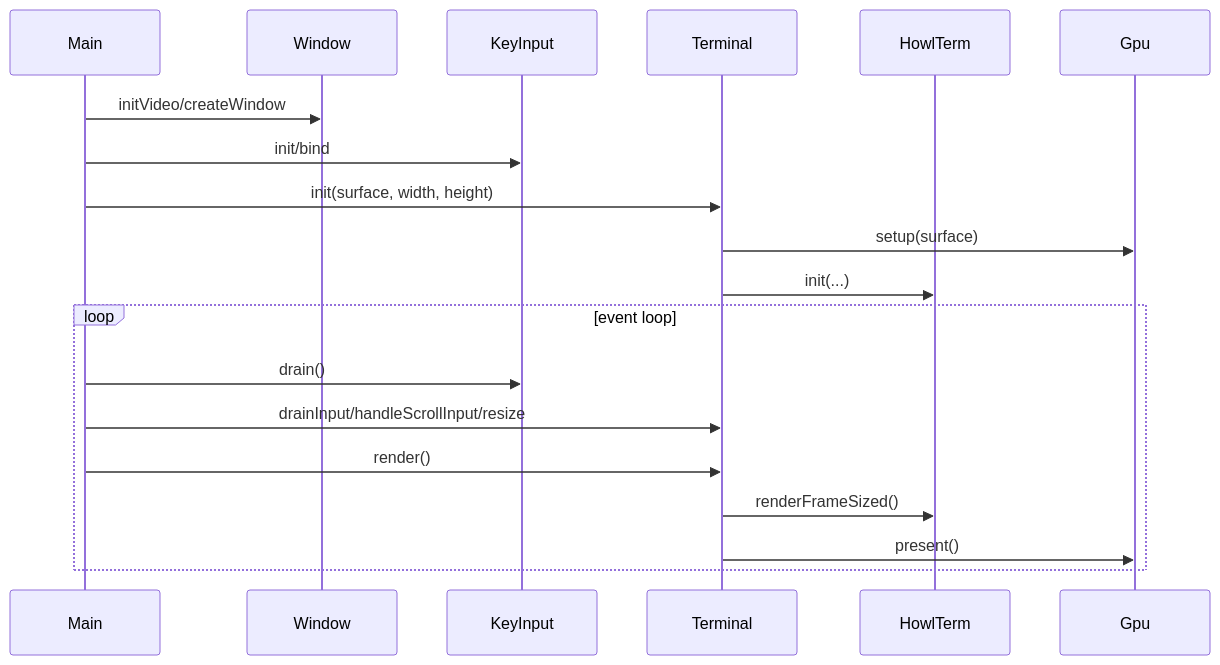
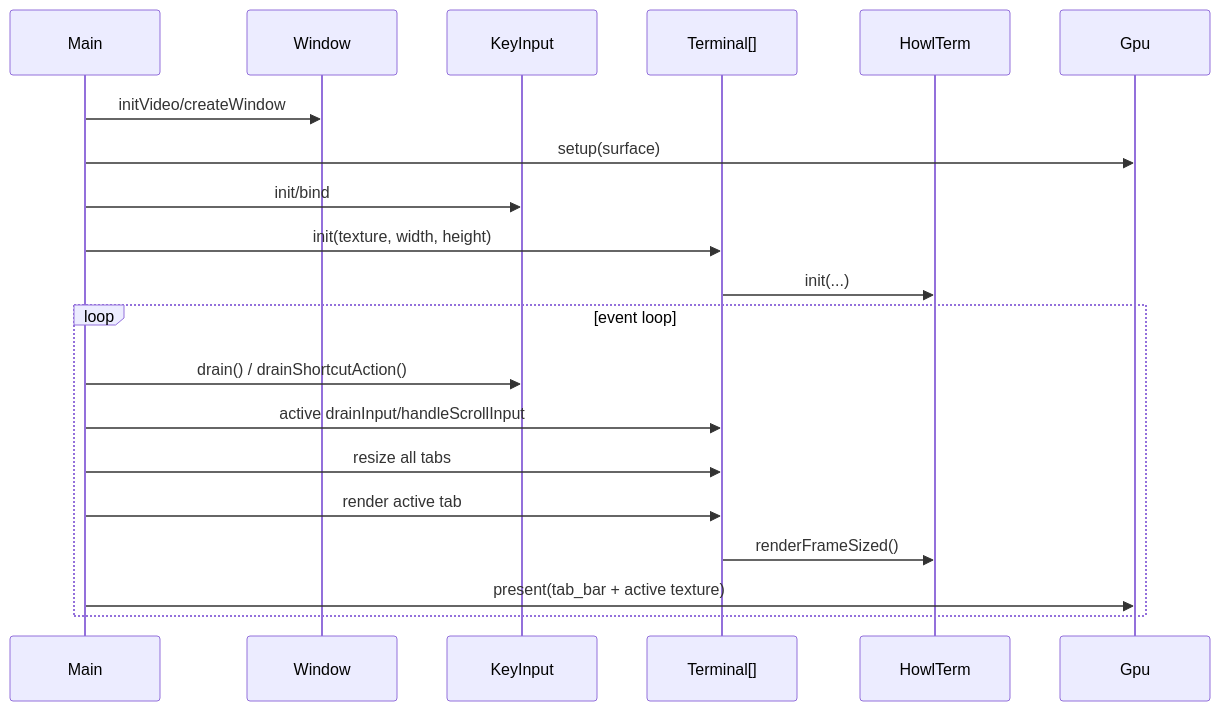
One commit to LaurenceGuws/howl-linux-host changed the third of 3 diagrams in design.md. Above: the diagram before and after it, drawn with Mermaid. The commit also changed other lines of this file and 17 other files, not shown here.

````diff
--- a/design.md
+++ b/design.md
@@ -51,22 +56,23 @@
 ```mermaid
 sequenceDiagram
     participant Main
     participant W as Window
     participant K as KeyInput
-    participant T as Terminal
+    participant T as Terminal[]
     participant H as HowlTerm
     participant G as Gpu
 
     Main->>W: initVideo/createWindow
+    Main->>G: setup(surface)
     Main->>K: init/bind
-    Main->>T: init(surface, width, height)
-    T->>G: setup(surface)
+    Main->>T: init(texture, width, height)
     T->>H: init(...)
     loop event loop
-        Main->>K: drain()
-        Main->>T: drainInput/handleScrollInput/resize
-        Main->>T: render()
+        Main->>K: drain() / drainShortcutAction()
+        Main->>T: active drainInput/handleScrollInput
+        Main->>T: resize all tabs
+        Main->>T: render active tab
         T->>H: renderFrameSized()
-        T->>G: present()
+        Main->>G: present(tab_bar + active texture)
     end
 ```
````
